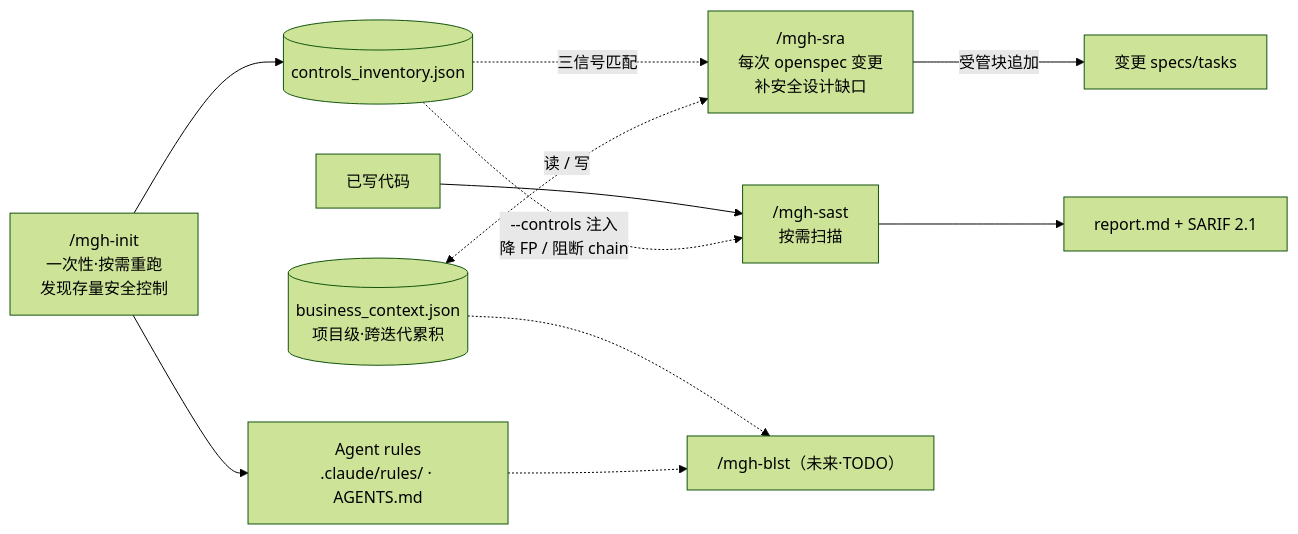
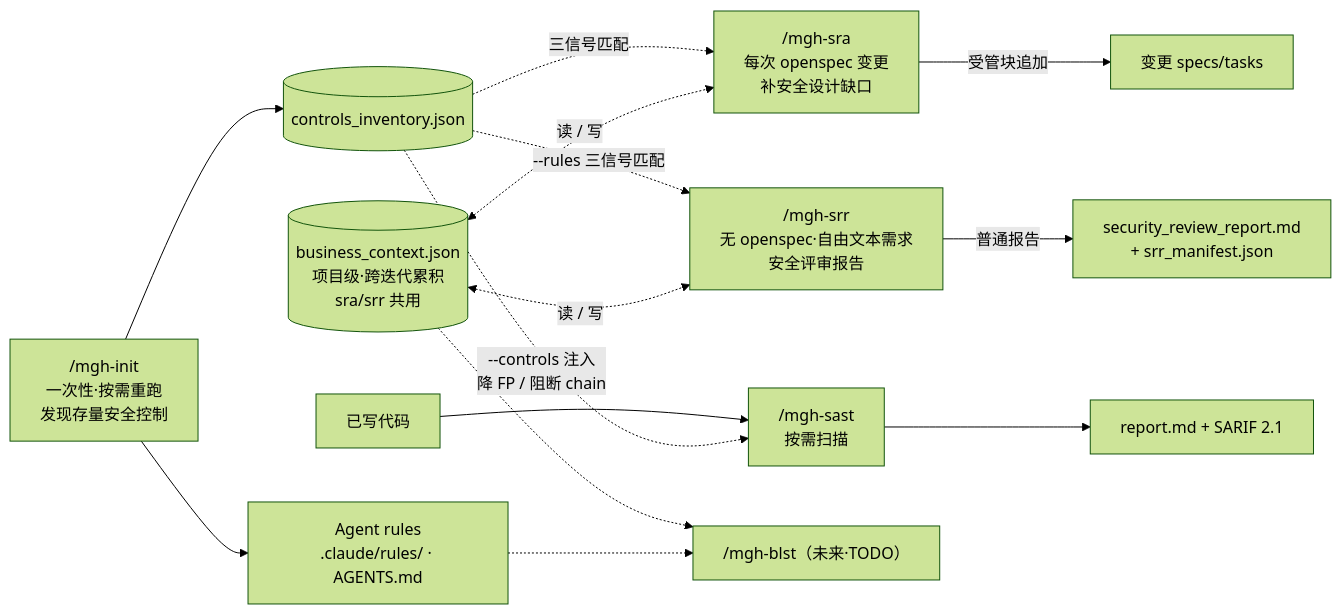
The diagram in README.md (Ba6231roer/m3g4horness), drawn with Mermaid (forest theme) before and after one commit. The commit also changed other lines of this file and 71 other files, not shown here.

Commit message:
improve-mgh-init-codegraph-enrichment, improve-mgh-sra-codegraph-enrichment, add-mgh-srr

````diff
--- a/README.md
+++ b/README.md
@@ -21,17 +23,21 @@
 ```mermaid
 flowchart LR
   INIT["/mgh-init<br/>一次性·按需重跑<br/>发现存量安全控制"]
   INIT --> INV[("controls_inventory.json")]
   INIT --> RULES["Agent rules<br/>.claude/rules/ · AGENTS.md"]
   SRA["/mgh-sra<br/>每次 openspec 变更<br/>补安全设计缺口"]
   INV -.->|"三信号匹配"| SRA
-  MEM[("business_context.json<br/>项目级·跨迭代累积")]
+  SRR["/mgh-srr<br/>无 openspec·自由文本需求<br/>安全评审报告"]
+  INV -.->|"--rules 三信号匹配"| SRR
+  MEM[("business_context.json<br/>项目级·跨迭代累积<br/>sra/srr 共用")]
   MEM <-.->|"读 / 写"| SRA
+  MEM <-.->|"读 / 写"| SRR
   SRA -->|"受管块追加"| SPECS["变更 specs/tasks"]
+  SRR -->|"普通报告"| SRRPT["security_review_report.md<br/>+ srr_manifest.json"]
   CODE["已写代码"] --> SAST["/mgh-sast<br/>按需扫描"]
   INV -.->|"--controls 注入<br/>降 FP / 阻断 chain"| SAST
   SAST --> RPT["report.md + SARIF 2.1"]
   BLST["/mgh-blst（未来·TODO）"]
   MEM -.-> BLST
   RULES -.-> BLST
 ```
````
